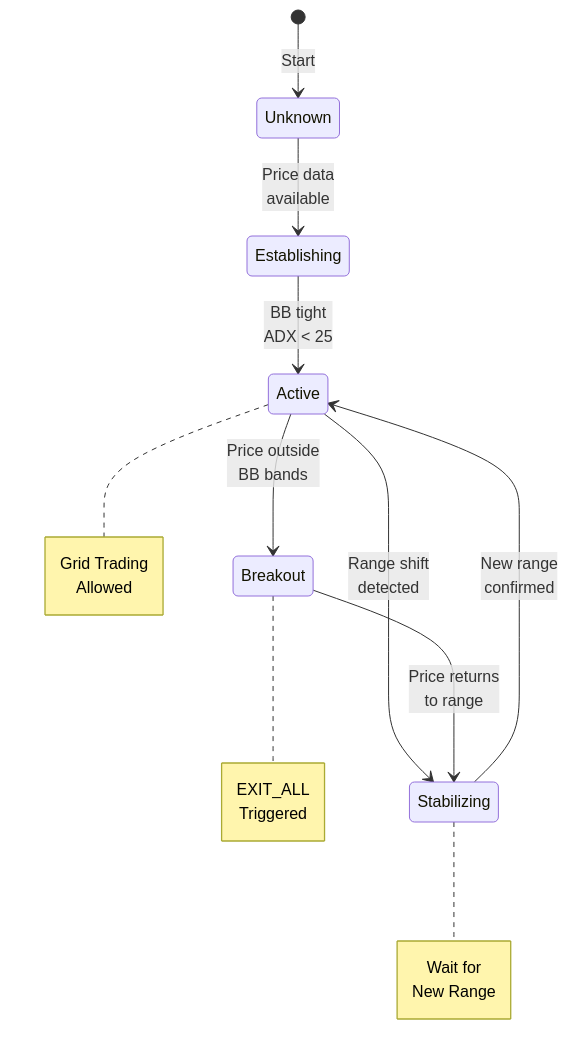
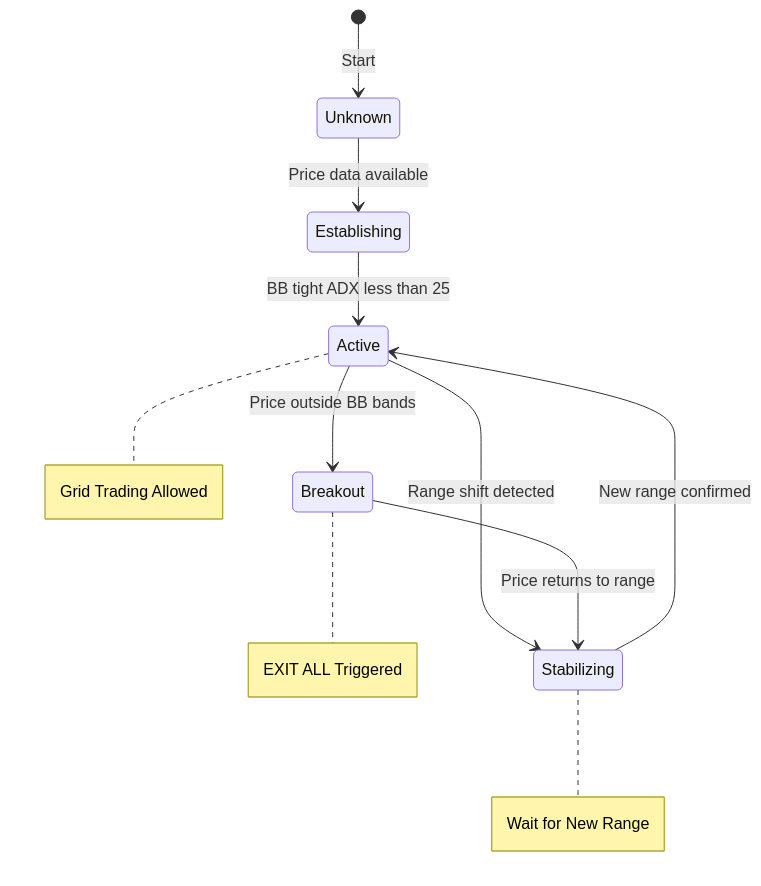
One commit to baolongdinh/aster-perp-trading changed the sixth of 13 diagrams in AGENTIC_TRADING_TECHNICAL_FLOW.md. Above: the diagram before and after it, drawn with Mermaid. The commit also changed other lines of this file and 12 other files, not shown here.

````diff
--- a/AGENTIC_TRADING_TECHNICAL_FLOW.md
+++ b/AGENTIC_TRADING_TECHNICAL_FLOW.md
@@ -212,14 +196,14 @@
 ```mermaid
-stateDiagram-v2
+stateDiagram
     [*] --> Unknown: Start
-    Unknown --> Establishing: Price data<br/>available
-    Establishing --> Active: BB tight<br/>ADX < 25
-    Active --> Breakout: Price outside<br/>BB bands
-    Active --> Stabilizing: Range shift<br/>detected
-    Breakout --> Stabilizing: Price returns<br/>to range
-    Stabilizing --> Active: New range<br/>confirmed
+    Unknown --> Establishing: Price data available
+    Establishing --> Active: BB tight ADX less than 25
+    Active --> Breakout: Price outside BB bands
+    Active --> Stabilizing: Range shift detected
+    Breakout --> Stabilizing: Price returns to range
+    Stabilizing --> Active: New range confirmed
 
-    note right of Active: Grid Trading<br/>Allowed
-    note right of Breakout: EXIT_ALL<br/>Triggered
-    note right of Stabilizing: Wait for<br/>New Range
+    note right of Active: Grid Trading Allowed
+    note right of Breakout: EXIT ALL Triggered
+    note right of Stabilizing: Wait for New Range
 ```
````
